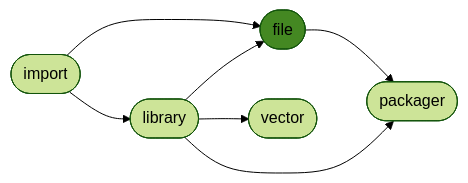
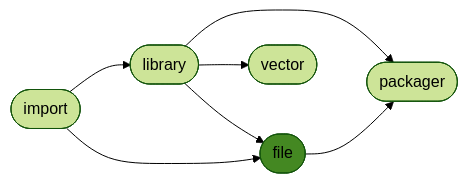
Before and after one commit to ManderaGeneral/generalfile: the diagram in README.md, drawn with Mermaid (forest theme). The commit also changed other lines of this file, not shown here.

````diff
--- a/README.md
+++ b/README.md
@@ -16,15 +16,15 @@
 ```mermaid
 flowchart LR
+1([library]) --> 2([file])
+1([library]) --> 4([packager])
+0([import]) --> 2([file])
+1([library]) --> 3([vector])
 2([file]) --> 4([packager])
-1([library]) --> 4([packager])
 0([import]) --> 1([library])
-0([import]) --> 2([file])
-1([library]) --> 2([file])
-1([library]) --> 3([vector])
 click 0 "https://github.com/ManderaGeneral/generalimport"
 click 1 "https://github.com/ManderaGeneral/generallibrary"
 click 2 "https://github.com/ManderaGeneral/generalfile"
 click 3 "https://github.com/ManderaGeneral/generalvector"
 click 4 "https://github.com/ManderaGeneral/generalpackager"
 style 2 fill:#482
 ```
````
